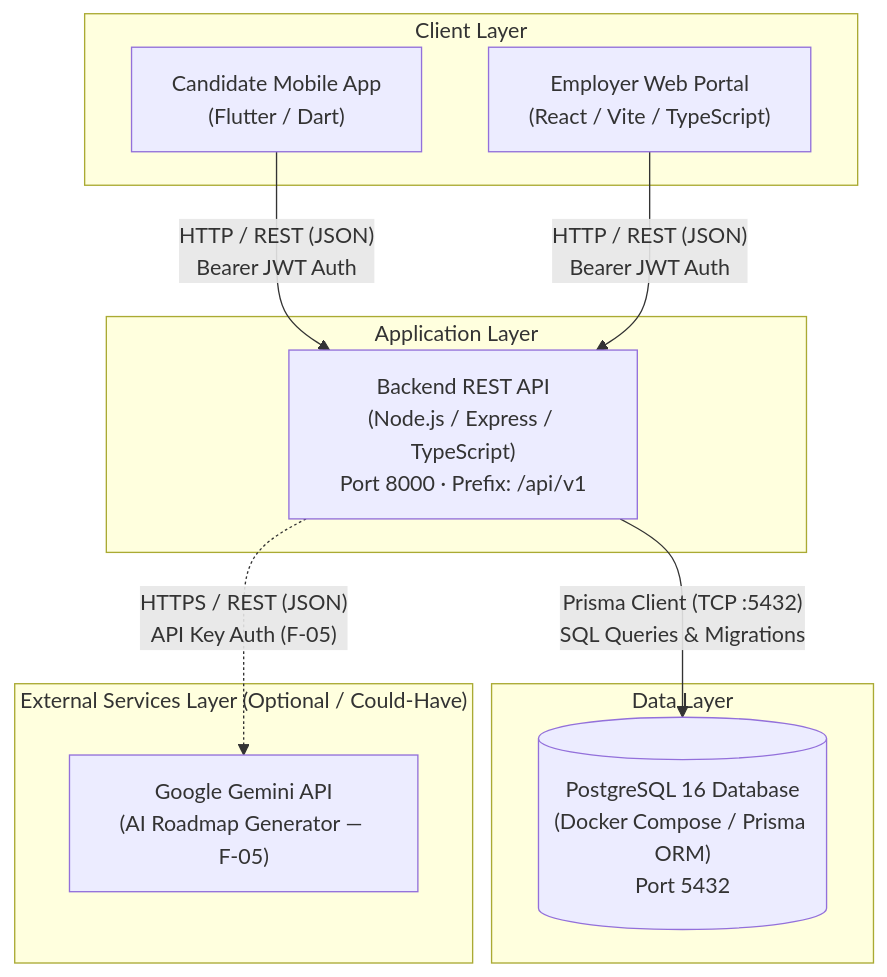
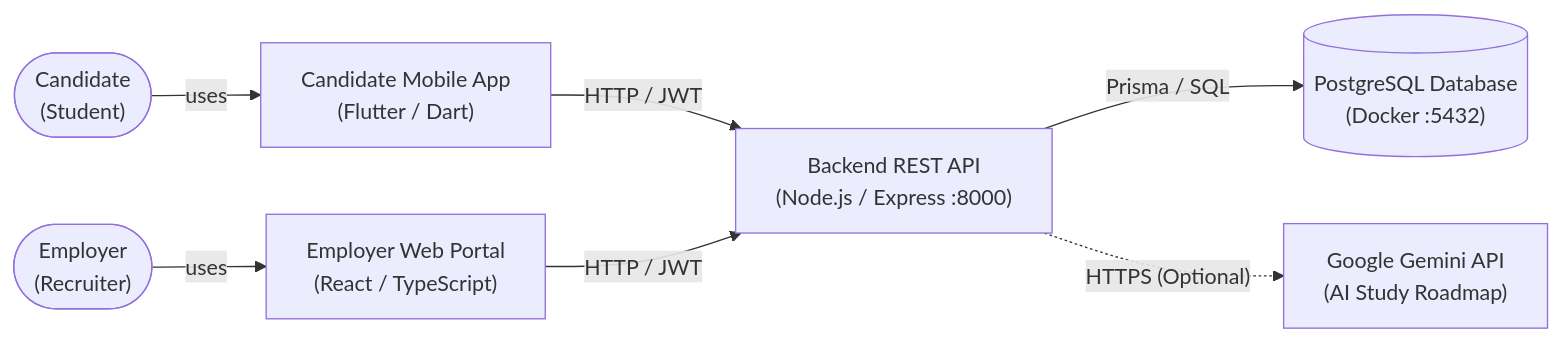
One commit to Suyheng0106/project-practicum-blueprint changed the diagram in context/phase-03/02_system_architecture_map.md. Above: the diagram before and after it, drawn with Mermaid. The commit also changed other lines of this file and 2 other files, not shown here.

Commit message:
docs: simplify system architecture map for clarity

````diff
--- a/context/phase-03/02_system_architecture_map.md
+++ b/context/phase-03/02_system_architecture_map.md
@@ -23,24 +30,11 @@
 ```mermaid
-flowchart TD
-    subgraph Clients ["Client Layer"]
-        Mobile["Candidate Mobile App<br/>(Flutter / Dart)"]
-        Web["Employer Web Portal<br/>(React / Vite / TypeScript)"]
-    end
+flowchart LR
+    Candidate(["Candidate<br/>(Student)"]) -->|"uses"| Mobile["Candidate Mobile App<br/>(Flutter / Dart)"]
+    Employer(["Employer<br/>(Recruiter)"]) -->|"uses"| Web["Employer Web Portal<br/>(React / TypeScript)"]
 
-    subgraph Server ["Application Layer"]
-        API["Backend REST API<br/>(Node.js / Express / TypeScript)<br/>Port 8000 · Prefix: /api/v1"]
-    end
+    Mobile -->|"HTTP / JWT"| API["Backend REST API<br/>(Node.js / Express :8000)"]
+    Web -->|"HTTP / JWT"| API
 
-    subgraph Data ["Data Layer"]
-        DB[("PostgreSQL 16 Database<br/>(Docker Compose / Prisma ORM)<br/>Port 5432")]
-    end
-
-    subgraph External ["External Services Layer (Optional / Could-Have)"]
-        Gemini["Google Gemini API<br/>(AI Roadmap Generator — F-05)"]
-    end
-
-    Mobile -->|"HTTP / REST (JSON)<br/>Bearer JWT Auth"| API
-    Web -->|"HTTP / REST (JSON)<br/>Bearer JWT Auth"| API
-    API -->|"Prisma Client (TCP :5432)<br/>SQL Queries & Migrations"| DB
-    API -.->|"HTTPS / REST (JSON)<br/>API Key Auth (F-05)"| Gemini
+    API -->|"Prisma / SQL"| DB[("PostgreSQL Database<br/>(Docker :5432)")]
+    API -.->|"HTTPS (Optional)"| Gemini["Google Gemini API<br/>(AI Study Roadmap)"]
 ```
````
